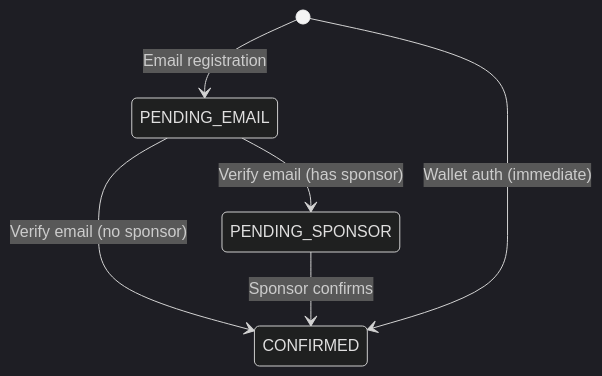
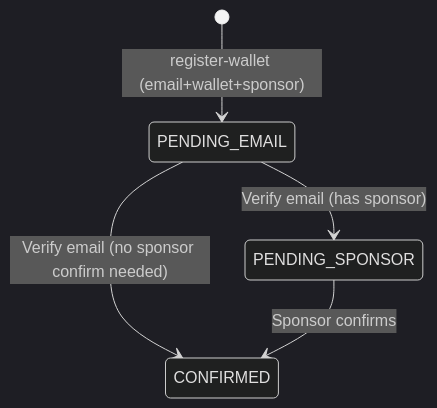
One commit to rastaaashu/bitton-contracts changed the sixth of 6 diagrams in docs/DIAGRAMS.md. Above: the diagram before and after it, drawn with Mermaid (dark theme). The commit also changed other lines of this file and 70 other files, not shown here.

First line of the commit message:
Add frontend + auth overhaul: wallet signature mandatory for register/login

````diff
--- a/docs/DIAGRAMS.md
+++ b/docs/DIAGRAMS.md
@@ -128,8 +138,7 @@
 ```mermaid
 stateDiagram-v2
-    [*] --> PENDING_EMAIL: Email registration
-    PENDING_EMAIL --> CONFIRMED: Verify email (no sponsor)
+    [*] --> PENDING_EMAIL: register-wallet (email+wallet+sponsor)
+    PENDING_EMAIL --> CONFIRMED: Verify email (no sponsor confirm needed)
     PENDING_EMAIL --> PENDING_SPONSOR: Verify email (has sponsor)
     PENDING_SPONSOR --> CONFIRMED: Sponsor confirms
-    [*] --> CONFIRMED: Wallet auth (immediate)
 ```
````
